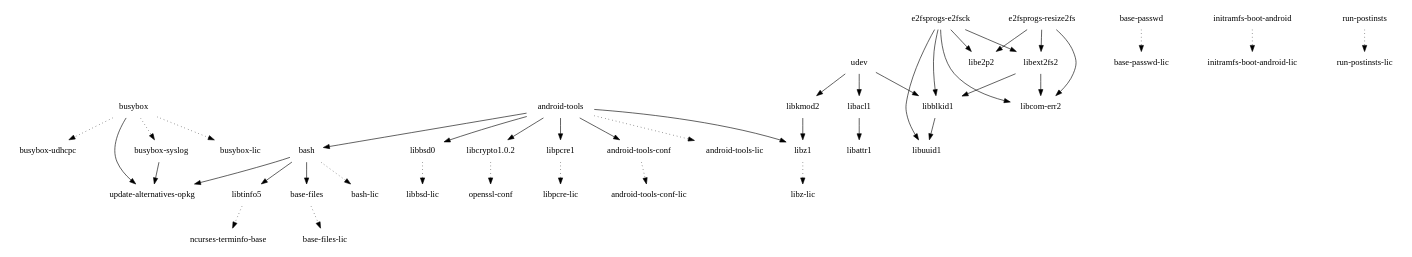
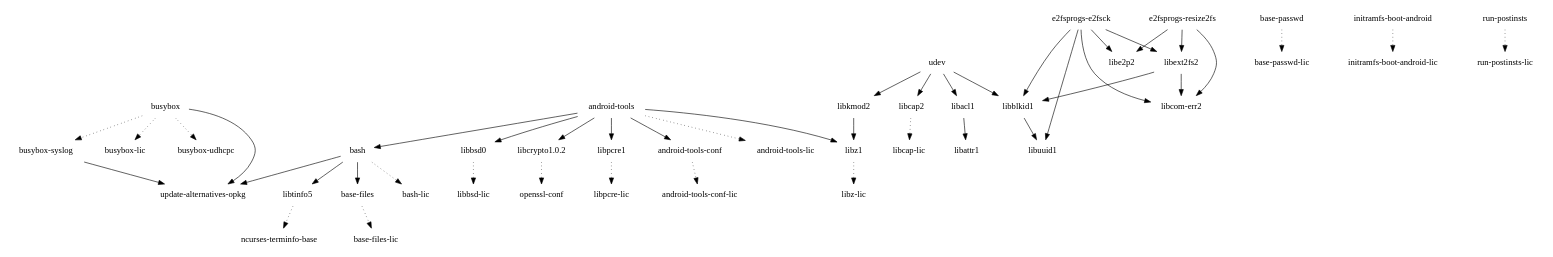
Before and after one commit to webOS-ports/buildhistory: the diagram in images/mido/glibc/initramfs-android-image/depends-nokernel-nolibc.dot, drawn with Graphviz. The commit also changed 8743 other files, not shown here.

```diff
--- a/images/mido/glibc/initramfs-android-image/depends-nokernel-nolibc.dot
+++ b/images/mido/glibc/initramfs-android-image/depends-nokernel-nolibc.dot
@@ -1,45 +1,47 @@
 digraph depends {
     node [shape=plaintext]
 "android-tools" -> "android-tools-conf"
 "android-tools" -> "android-tools-lic" [style=dotted]
 "android-tools" -> "bash"
 "android-tools-conf" -> "android-tools-conf-lic" [style=dotted]
 "android-tools" -> "libbsd0"
 "android-tools" -> "libcrypto1.0.2"
 "android-tools" -> "libpcre1"
 "android-tools" -> "libz1"
 "base-files" -> "base-files-lic" [style=dotted]
 "base-passwd" -> "base-passwd-lic" [style=dotted]
 "bash" -> "base-files"
 "bash" -> "bash-lic" [style=dotted]
 "bash" -> "libtinfo5"
 "bash" -> "update-alternatives-opkg"
 "busybox" -> "busybox-lic" [style=dotted]
 "busybox" -> "busybox-syslog" [style=dotted]
 "busybox" -> "busybox-udhcpc" [style=dotted]
 "busybox-syslog" -> "update-alternatives-opkg"
 "busybox" -> "update-alternatives-opkg"
 "e2fsprogs-e2fsck" -> "libblkid1"
 "e2fsprogs-e2fsck" -> "libcom-err2"
 "e2fsprogs-e2fsck" -> "libe2p2"
 "e2fsprogs-e2fsck" -> "libext2fs2"
 "e2fsprogs-e2fsck" -> "libuuid1"
 "e2fsprogs-resize2fs" -> "libcom-err2"
 "e2fsprogs-resize2fs" -> "libe2p2"
 "e2fsprogs-resize2fs" -> "libext2fs2"
 "initramfs-boot-android" -> "initramfs-boot-android-lic" [style=dotted]
 "libacl1" -> "libattr1"
 "libblkid1" -> "libuuid1"
 "libbsd0" -> "libbsd-lic" [style=dotted]
+"libcap2" -> "libcap-lic" [style=dotted]
 "libcrypto1.0.2" -> "openssl-conf" [style=dotted]
 "libext2fs2" -> "libblkid1"
 "libext2fs2" -> "libcom-err2"
 "libkmod2" -> "libz1"
 "libpcre1" -> "libpcre-lic" [style=dotted]
 "libtinfo5" -> "ncurses-terminfo-base" [style=dotted]
 "libz1" -> "libz-lic" [style=dotted]
 "run-postinsts" -> "run-postinsts-lic" [style=dotted]
 "udev" -> "libacl1"
 "udev" -> "libblkid1"
+"udev" -> "libcap2"
 "udev" -> "libkmod2"
 }
```
